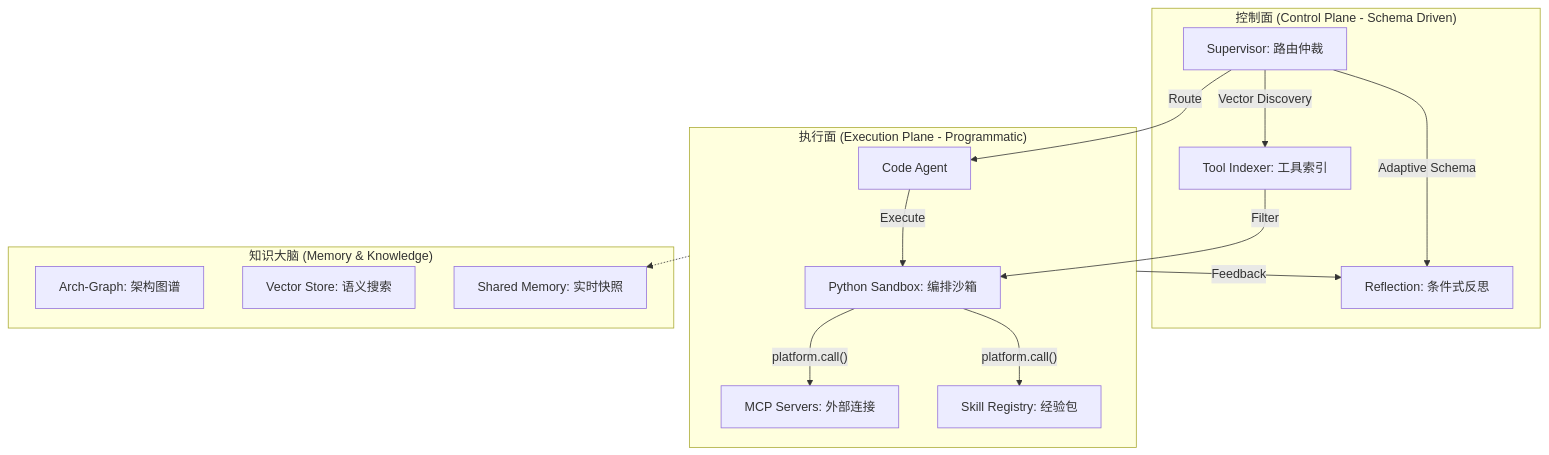
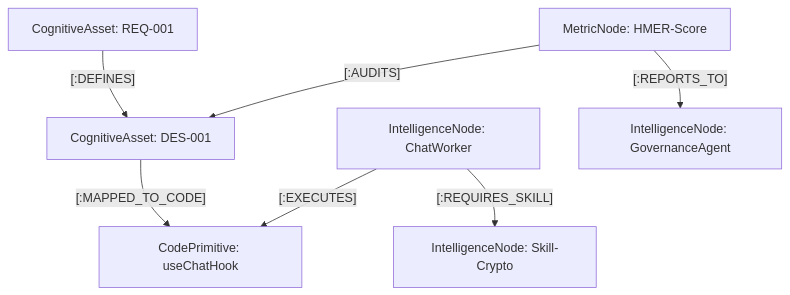
Before and after one commit to zxl85813-web/HiveMind_RAG: the diagram in docs/architecture/ARCH-GRAPH.md, drawn with Mermaid. The commit also changed other lines of this file and 58 other files, not shown here.

First line of the commit message:
feat(arch): HiveMind Intelligence Swarm 3.0 Rebranding & Alignment

````diff
--- a/docs/architecture/ARCH-GRAPH.md
+++ b/docs/architecture/ARCH-GRAPH.md
@@ -22,24 +36,14 @@
 ```mermaid
 graph TD
-    subgraph Control_Plane ["控制面 (Control Plane - Schema Driven)"]
-        SUP[Supervisor: 路由仲裁] -- "Adaptive Schema" --> REF[Reflection: 条件式反思]
-        SUP -- "Vector Discovery" --> ToolIdx[Tool Indexer: 工具索引]
-    end
-
-    subgraph Execution_Plane ["执行面 (Execution Plane - Programmatic)"]
-        CodeAgent[Code Agent] -- "Execute" --> Sandbox[Python Sandbox: 编排沙箱]
-        Sandbox -- "platform.call()" --> MCP[MCP Servers: 外部连接]
-        Sandbox -- "platform.call()" --> Skills[Skill Registry: 经验包]
-    end
-
-    subgraph Memory_Layer ["知识大脑 (Memory & Knowledge)"]
-        Graph[Arch-Graph: 架构图谱]
-        Vec[Vector Store: 语义搜索]
-        Shared[Shared Memory: 实时快照]
-    end
-
-    SUP -- "Route" --> CodeAgent
-    ToolIdx -- "Filter" --> Sandbox
-    Execution_Plane -- "Feedback" --> REF
-    Execution_Plane -.-> Shared
+    %% Assets to Code
+    REQ[CognitiveAsset: REQ-001] -- "[:DEFINES]" --> DES[CognitiveAsset: DES-001]
+    DES -- "[:MAPPED_TO_CODE]" --> Hook[CodePrimitive: useChatHook]
+    
+    %% Intelligence to Code
+    Agent[IntelligenceNode: ChatWorker] -- "[:EXECUTES]" --> Hook
+    Agent -- "[:REQUIRES_SKILL]" --> Crypto[IntelligenceNode: Skill-Crypto]
+    
+    %% Quality Feedback
+    HMER[MetricNode: HMER-Score] -- "[:AUDITS]" --> DES
+    HMER -- "[:REPORTS_TO]" --> Dashboard[IntelligenceNode: GovernanceAgent]
 ```
````
